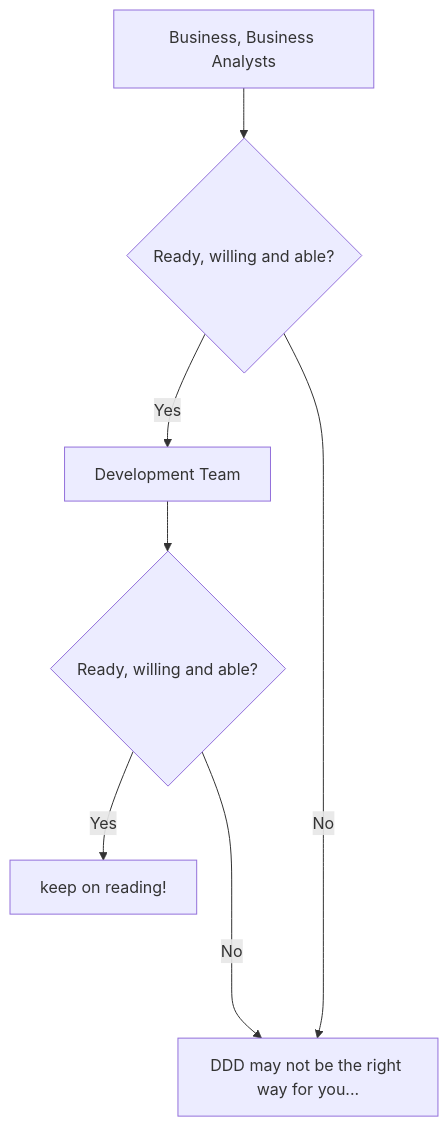
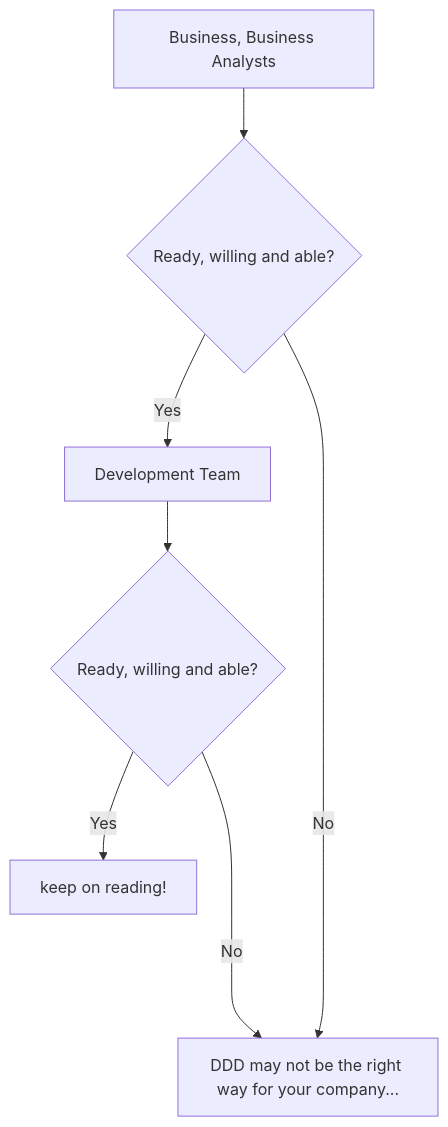
One commit to saojug/DDD changed the first of 3 diagrams in README.md. Above: the diagram before and after it, drawn with Mermaid.

````diff
--- a/README.md
+++ b/README.md
@@ -3,9 +3,9 @@
 ```mermaid
 flowchart TD
     A[Business, Business Analysts] --> B{Ready, willing and able?}
     B -- Yes --> C[Development Team]
     C --> D{Ready, willing and able?}
     D -- Yes --> E[keep on reading!]
-    B ---->|No| F[DDD may not be the right way for you...]
-    D ---->|No| F[DDD may not be the right way for you...]
+    B ---->|No| F[DDD may not be the right way for your company...]
+    D ---->|No| F
 ```
````
